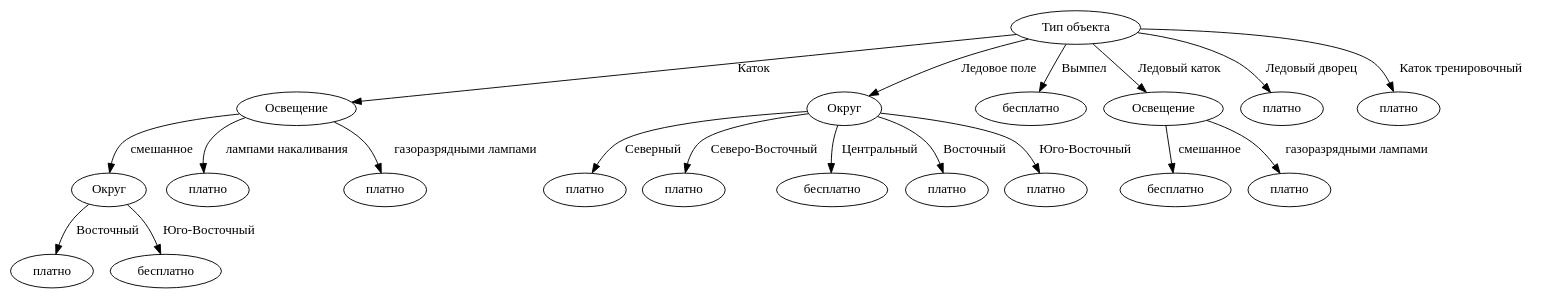
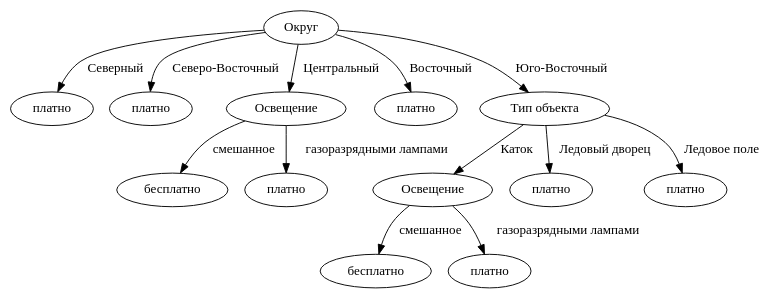
One commit to alekseyl1992/id3 changed the diagram in plot.gv. Above: the diagram before and after it, drawn with Graphviz. The commit also changed 5 other files, not shown here.

```diff
--- a/plot.gv
+++ b/plot.gv
@@ -1,40 +1,28 @@
 // Decision Tree
 digraph {
-	"16cf1677-2707-4386-b993-6939f968ffa9" [label="Тип объекта"]
-	"7c9cc038-0256-4dd0-b0ee-43eb69aeed6f" [label="Освещение"]
-		"16cf1677-2707-4386-b993-6939f968ffa9" -> "7c9cc038-0256-4dd0-b0ee-43eb69aeed6f" [label="Каток"]
-	"befe744a-6039-4f70-9383-632348dcaae4" [label="Округ"]
-		"7c9cc038-0256-4dd0-b0ee-43eb69aeed6f" -> "befe744a-6039-4f70-9383-632348dcaae4" [label="смешанное"]
-	"e34b0949-078e-45ba-8445-16462df866ba" [label="платно"]
-		"befe744a-6039-4f70-9383-632348dcaae4" -> "e34b0949-078e-45ba-8445-16462df866ba" [label="Восточный"]
-	"22468a9f-454b-47c5-9c4b-43d6f60b716e" [label="бесплатно"]
-		"befe744a-6039-4f70-9383-632348dcaae4" -> "22468a9f-454b-47c5-9c4b-43d6f60b716e" [label="Юго-Восточный"]
-	"6da5c11e-ebd0-4cd7-8102-08321b36ffa4" [label="платно"]
-		"7c9cc038-0256-4dd0-b0ee-43eb69aeed6f" -> "6da5c11e-ebd0-4cd7-8102-08321b36ffa4" [label="лампами накаливания"]
-	"4fbfa4b8-68c5-4596-83f4-1cc7c9461e96" [label="платно"]
-		"7c9cc038-0256-4dd0-b0ee-43eb69aeed6f" -> "4fbfa4b8-68c5-4596-83f4-1cc7c9461e96" [label="газоразрядными лампами"]
-	"a254f788-d57a-4502-8362-a333d5510135" [label="Округ"]
-		"16cf1677-2707-4386-b993-6939f968ffa9" -> "a254f788-d57a-4502-8362-a333d5510135" [label="Ледовое поле"]
-	"d0524c1f-37a7-4b81-b40b-6d3c827727e8" [label="платно"]
-		"a254f788-d57a-4502-8362-a333d5510135" -> "d0524c1f-37a7-4b81-b40b-6d3c827727e8" [label="Северный"]
-	"7a740a77-227e-4d69-9bcf-a5e4eef26f42" [label="платно"]
-		"a254f788-d57a-4502-8362-a333d5510135" -> "7a740a77-227e-4d69-9bcf-a5e4eef26f42" [label="Северо-Восточный"]
-	"ab9cdb66-cb5b-4f2a-956f-17dad1eedb0d" [label="бесплатно"]
-		"a254f788-d57a-4502-8362-a333d5510135" -> "ab9cdb66-cb5b-4f2a-956f-17dad1eedb0d" [label="Центральный"]
-	"82b38f53-25b1-4d86-b8fc-ac5924692a84" [label="платно"]
-		"a254f788-d57a-4502-8362-a333d5510135" -> "82b38f53-25b1-4d86-b8fc-ac5924692a84" [label="Восточный"]
-	"05f7d049-c4d0-47d7-9a92-010390267cb9" [label="платно"]
-		"a254f788-d57a-4502-8362-a333d5510135" -> "05f7d049-c4d0-47d7-9a92-010390267cb9" [label="Юго-Восточный"]
-	"794e2900-d702-4c32-aff6-2480115d608b" [label="бесплатно"]
-		"16cf1677-2707-4386-b993-6939f968ffa9" -> "794e2900-d702-4c32-aff6-2480115d608b" [label="Вымпел"]
-	"c4c011cd-e6be-4d6a-bdba-6f90392645cf" [label="Освещение"]
-		"16cf1677-2707-4386-b993-6939f968ffa9" -> "c4c011cd-e6be-4d6a-bdba-6f90392645cf" [label="Ледовый каток"]
-	"bf6afe00-c8a0-4043-84b6-6467f83e66b3" [label="бесплатно"]
-		"c4c011cd-e6be-4d6a-bdba-6f90392645cf" -> "bf6afe00-c8a0-4043-84b6-6467f83e66b3" [label="смешанное"]
-	"09ba9ba5-ee42-4c25-a994-a90771a188a5" [label="платно"]
-		"c4c011cd-e6be-4d6a-bdba-6f90392645cf" -> "09ba9ba5-ee42-4c25-a994-a90771a188a5" [label="газоразрядными лампами"]
-	"8e0a51e1-fd5a-46e0-9da6-208444f65636" [label="платно"]
-		"16cf1677-2707-4386-b993-6939f968ffa9" -> "8e0a51e1-fd5a-46e0-9da6-208444f65636" [label="Ледовый дворец"]
-	"d1140599-1216-4d40-bae0-7b52045d2802" [label="платно"]
-		"16cf1677-2707-4386-b993-6939f968ffa9" -> "d1140599-1216-4d40-bae0-7b52045d2802" [label="Каток тренировочный"]
+	"be7a51f3-13a1-4ba4-9093-9652c6158719" [label="Округ"]
+	"aad957fd-2b21-4848-94af-8ec3a49ba7ff" [label="платно"]
+		"be7a51f3-13a1-4ba4-9093-9652c6158719" -> "aad957fd-2b21-4848-94af-8ec3a49ba7ff" [label="Северный"]
+	"98d9f46e-8d06-47b5-9ece-0a32635c9686" [label="платно"]
+		"be7a51f3-13a1-4ba4-9093-9652c6158719" -> "98d9f46e-8d06-47b5-9ece-0a32635c9686" [label="Северо-Восточный"]
+	"788f06a4-9bb0-4c6f-a26c-bd6506d8f9cb" [label="Освещение"]
+		"be7a51f3-13a1-4ba4-9093-9652c6158719" -> "788f06a4-9bb0-4c6f-a26c-bd6506d8f9cb" [label="Центральный"]
+	"996e8dd3-210e-4bc7-8ab5-9cc8c3eec922" [label="бесплатно"]
+		"788f06a4-9bb0-4c6f-a26c-bd6506d8f9cb" -> "996e8dd3-210e-4bc7-8ab5-9cc8c3eec922" [label="смешанное"]
+	"019e6e10-17d5-4125-8899-1d955156986e" [label="платно"]
+		"788f06a4-9bb0-4c6f-a26c-bd6506d8f9cb" -> "019e6e10-17d5-4125-8899-1d955156986e" [label="газоразрядными лампами"]
+	"94a45b97-51f0-4ef0-ac76-069813d8620e" [label="платно"]
+		"be7a51f3-13a1-4ba4-9093-9652c6158719" -> "94a45b97-51f0-4ef0-ac76-069813d8620e" [label="Восточный"]
+	"30edb542-de44-4bb6-ae6c-9b652d23a470" [label="Тип объекта"]
+		"be7a51f3-13a1-4ba4-9093-9652c6158719" -> "30edb542-de44-4bb6-ae6c-9b652d23a470" [label="Юго-Восточный"]
+	"746eb397-3dd8-4536-b09d-42a620664945" [label="Освещение"]
+		"30edb542-de44-4bb6-ae6c-9b652d23a470" -> "746eb397-3dd8-4536-b09d-42a620664945" [label="Каток"]
+	"40be8639-197c-46c4-bac8-cc651054fb76" [label="бесплатно"]
+		"746eb397-3dd8-4536-b09d-42a620664945" -> "40be8639-197c-46c4-bac8-cc651054fb76" [label="смешанное"]
+	"af062061-da8f-45cb-b6d8-64a7b3c60b90" [label="платно"]
+		"746eb397-3dd8-4536-b09d-42a620664945" -> "af062061-da8f-45cb-b6d8-64a7b3c60b90" [label="газоразрядными лампами"]
+	"7b359a95-ba50-47fe-94ce-7be75066c8e4" [label="платно"]
+		"30edb542-de44-4bb6-ae6c-9b652d23a470" -> "7b359a95-ba50-47fe-94ce-7be75066c8e4" [label="Ледовый дворец"]
+	"be25a470-f55c-4e05-b069-38b0866ab943" [label="платно"]
+		"30edb542-de44-4bb6-ae6c-9b652d23a470" -> "be25a470-f55c-4e05-b069-38b0866ab943" [label="Ледовое поле"]
 }
```
